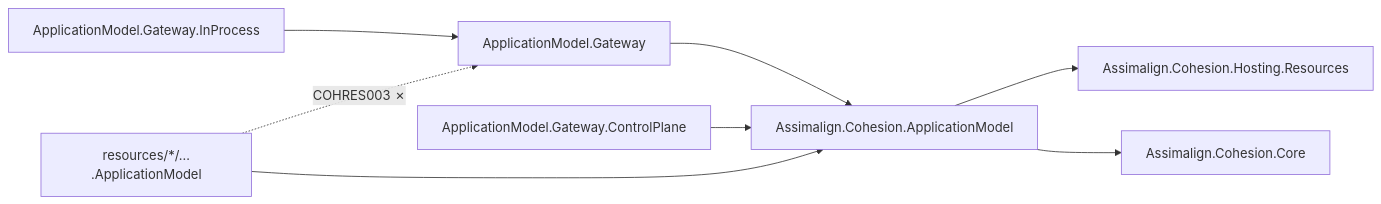
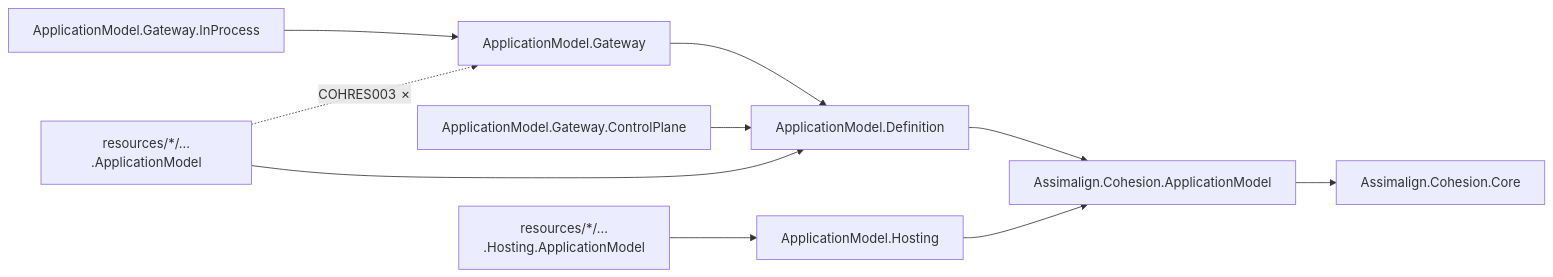
Before and after one commit to assimalign/cohesion: the diagram in libraries/ApplicationModel/README.md, drawn with Mermaid. The commit also changed other lines of this file and 394 other files, not shown here.

First line of the commit message:
refactor(application-model): split the model into contracts, definitions, and hosting

````diff
--- a/libraries/ApplicationModel/README.md
+++ b/libraries/ApplicationModel/README.md
@@ -34,10 +34,12 @@
 ```mermaid
 flowchart LR
-    Model["Assimalign.Cohesion.ApplicationModel"] --> Resources["Assimalign.Cohesion.Hosting.Resources"]
-    Model --> Core["Assimalign.Cohesion.Core"]
-    Gateway["ApplicationModel.Gateway"] --> Model
+    Definition["ApplicationModel.Definition"] --> Contracts["Assimalign.Cohesion.ApplicationModel"]
+    Hosting["ApplicationModel.Hosting"] --> Contracts
+    Contracts --> Core["Assimalign.Cohesion.Core"]
+    Gateway["ApplicationModel.Gateway"] --> Definition
     InProcess["ApplicationModel.Gateway.InProcess"] --> Gateway
-    ControlPlane["ApplicationModel.Gateway.ControlPlane"] --> Model
-    AreaModel["resources/*/…​.ApplicationModel"] --> Model
+    ControlPlane["ApplicationModel.Gateway.ControlPlane"] --> Definition
+    AreaModel["resources/*/…​.ApplicationModel"] --> Definition
+    AreaHosting["resources/*/…​.Hosting.ApplicationModel"] --> Hosting
     AreaModel -.->|"COHRES003 ✗"| Gateway
 ```
````
